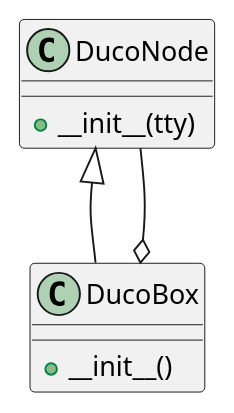
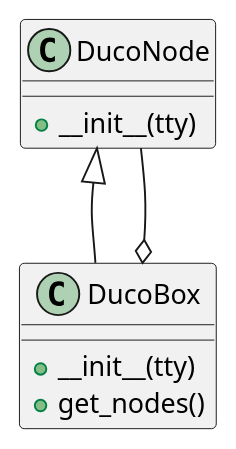
The diagram in docs/design.rst (SteinHeselmans/DucoBox), drawn with PlantUML before and after one commit. The commit also changed 3 other files, not shown here.

```diff
--- a/docs/design.rst
+++ b/docs/design.rst
@@ -13,16 +13,17 @@
 .. uml::
 
     @startuml
 
     DucoNode <|-- DucoBox
     DucoBox o-- DucoNode
 
     class DucoBox {
-        +__init__()
+        +__init__(tty)
+        +get_nodes()
     }
 
     class DucoNode {
         +__init__(tty)
     }
 
     @enduml
```
